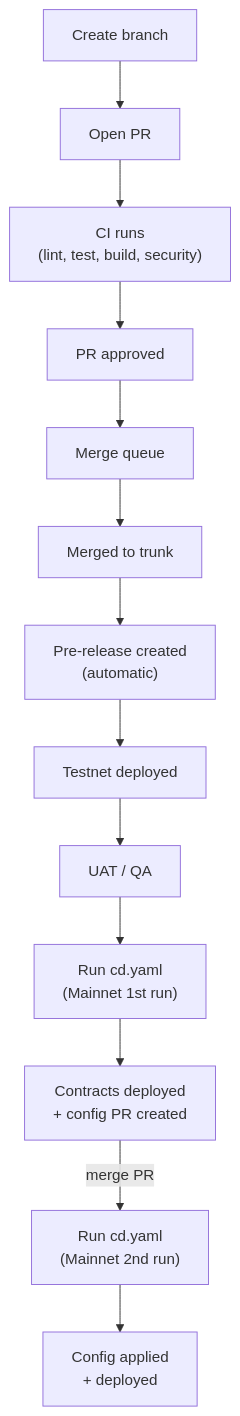
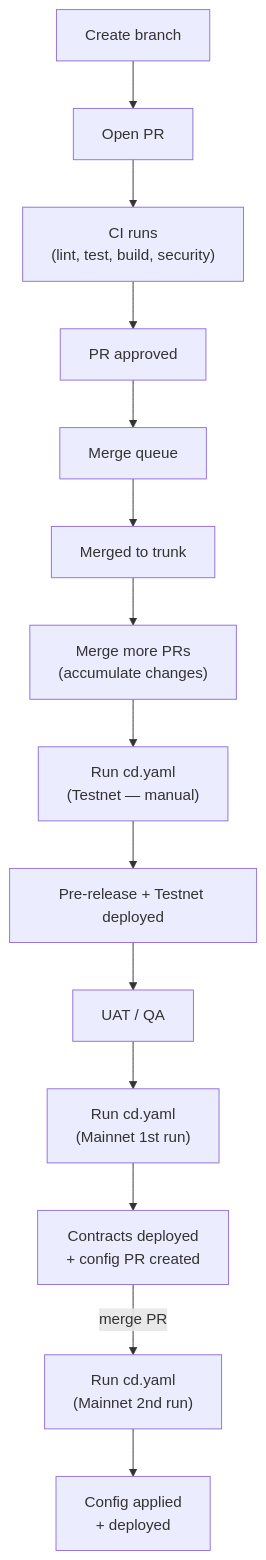
The third of 3 diagrams in docs/ci-cd.md (tresr-community/tresr-game), drawn with Mermaid before and after one commit. The commit also changed other lines of this file and 14 other files, not shown here.

````diff
--- a/docs/ci-cd.md
+++ b/docs/ci-cd.md
@@ -51,15 +53,16 @@
 ```mermaid
 graph TD
     A["Create branch"] --> B["Open PR"]
     B --> C["CI runs </br> (lint, test, build, security)"]
     C --> D["PR approved"]
     D --> E["Merge queue"]
     E --> F["Merged to trunk"]
-    F --> G["Pre-release created </br> (automatic)"]
-    G --> H["Testnet deployed"]
-    H --> I["UAT / QA"]
-    I --> J["Run cd.yaml </br> (Mainnet 1st run)"]
-    J --> K["Contracts deployed </br> + config PR created"]
-    K -->|merge PR| L["Run cd.yaml </br> (Mainnet 2nd run)"]
-    L --> M["Config applied </br> + deployed"]
+    F --> G["Merge more PRs </br> (accumulate changes)"]
+    G --> H["Run cd.yaml </br> (Testnet — manual)"]
+    H --> I["Pre-release + Testnet deployed"]
+    I --> J["UAT / QA"]
+    J --> K["Run cd.yaml </br> (Mainnet 1st run)"]
+    K --> L["Contracts deployed </br> + config PR created"]
+    L -->|merge PR| M["Run cd.yaml </br> (Mainnet 2nd run)"]
+    M --> N["Config applied </br> + deployed"]
 ```
````
